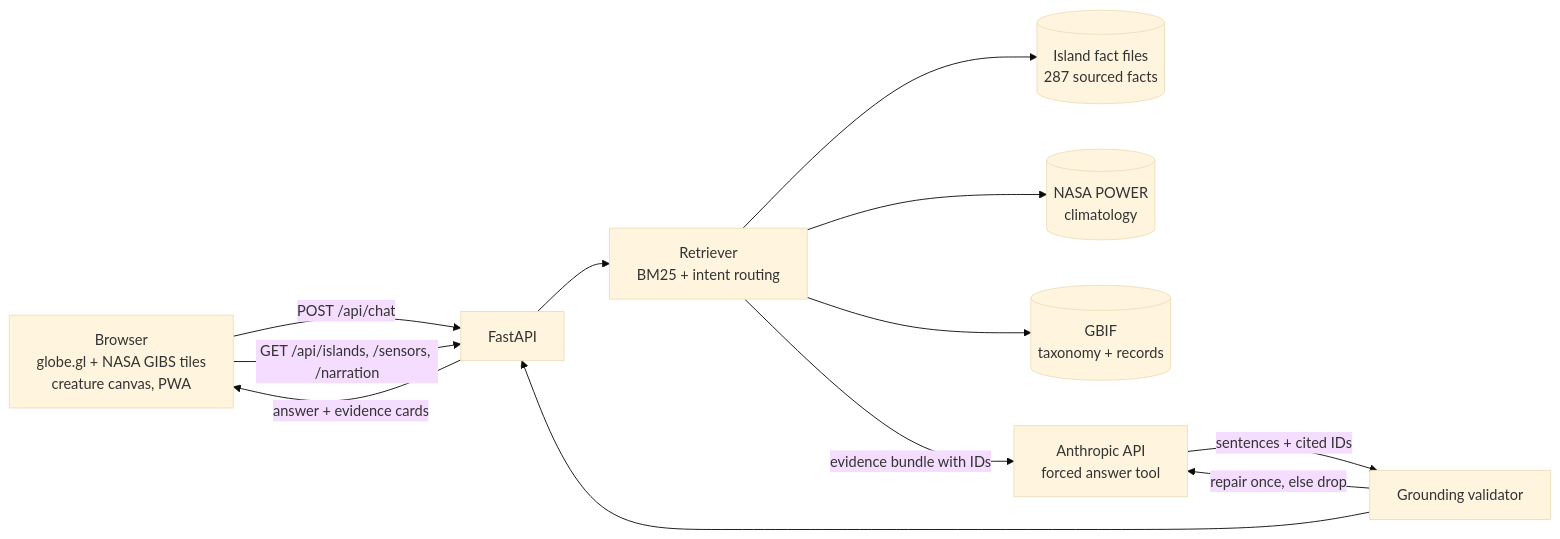
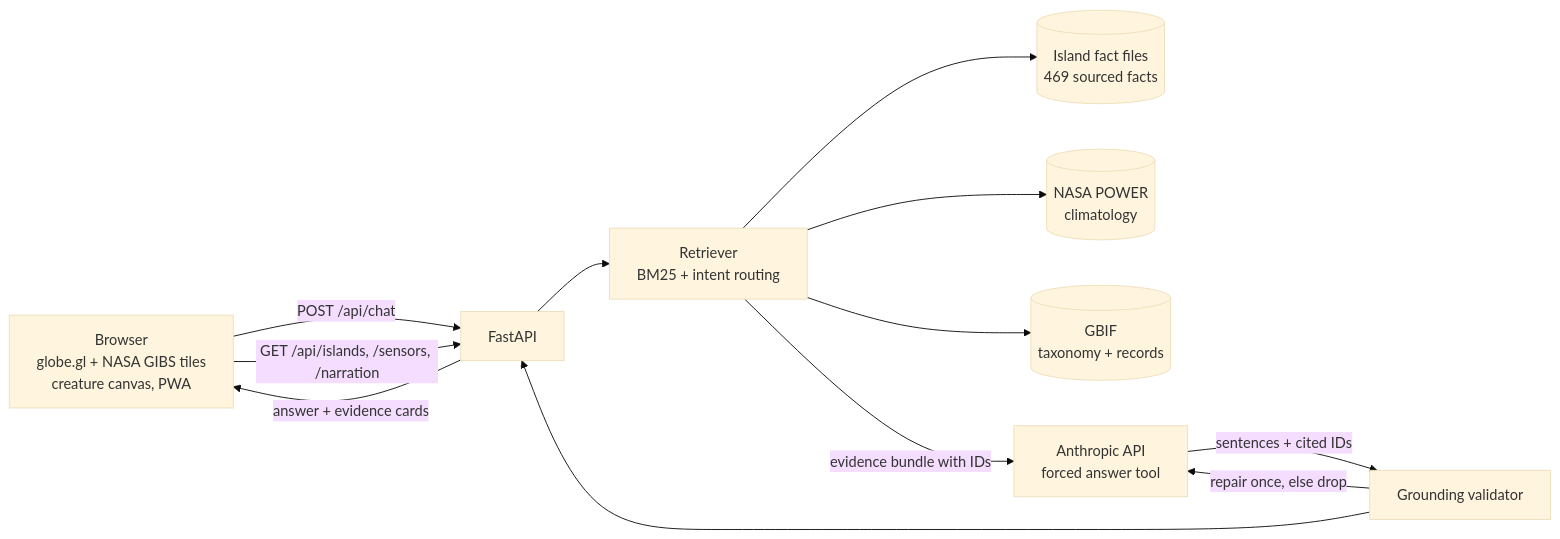
The diagram in README.md (hudasol/island-echoes), drawn with Mermaid (base theme) before and after one commit. The commit also changed other lines of this file and 17 other files, not shown here.

Commit message:
Add searchable island library: 182 new sourced facts, library API and UI

````diff
--- a/README.md
+++ b/README.md
@@ -43,14 +45,14 @@
 ```mermaid
 flowchart LR
   UI["Browser<br/>globe.gl + NASA GIBS tiles<br/>creature canvas, PWA"] -->|"POST /api/chat"| API[FastAPI]
   UI -->|"GET /api/islands, /sensors, /narration"| API
   API --> RET["Retriever<br/>BM25 + intent routing"]
-  RET --> F[("Island fact files<br/>287 sourced facts")]
+  RET --> F[("Island fact files<br/>469 sourced facts")]
   RET --> P[("NASA POWER<br/>climatology")]
   RET --> G[("GBIF<br/>taxonomy + records")]
   RET -->|"evidence bundle with IDs"| LLM["Anthropic API<br/>forced answer tool"]
   LLM -->|"sentences + cited IDs"| VAL["Grounding validator"]
   VAL -->|"repair once, else drop"| LLM
   VAL --> API
   API -->|"answer + evidence cards"| UI
 ```
````
